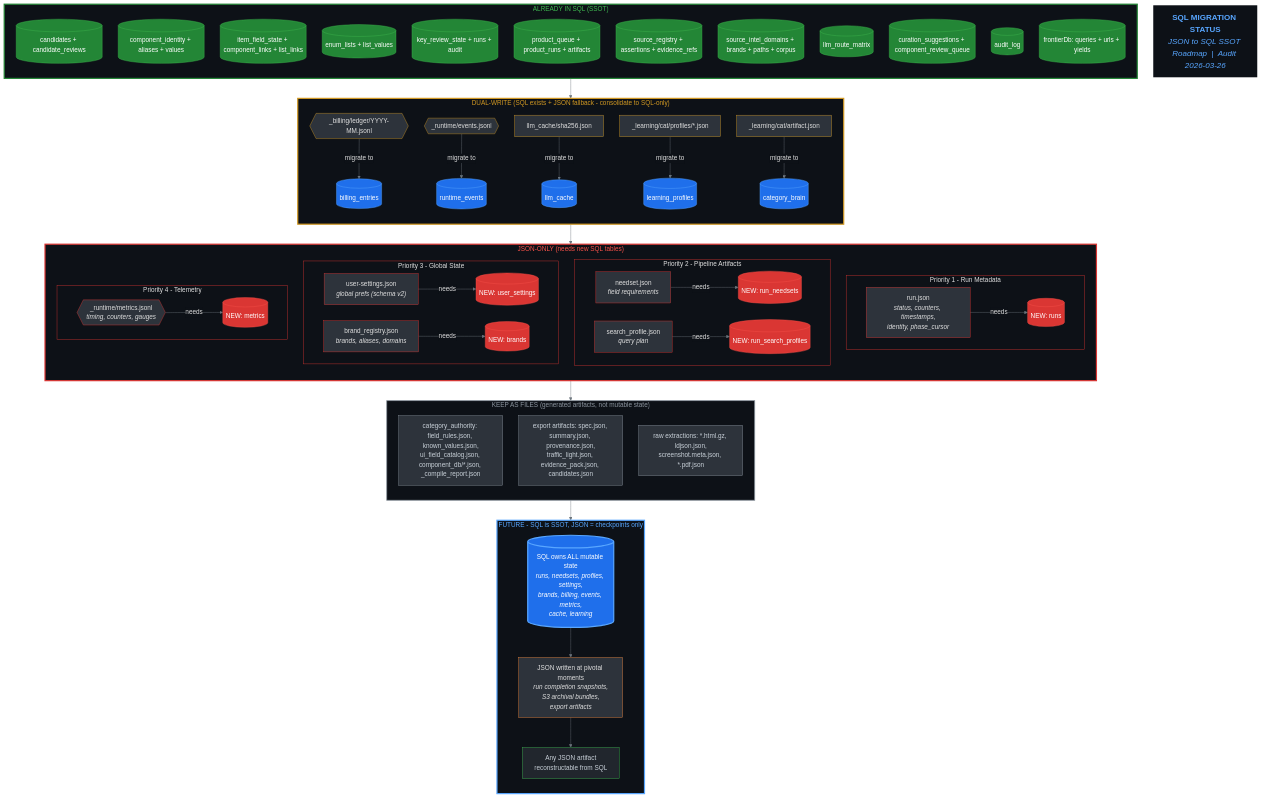
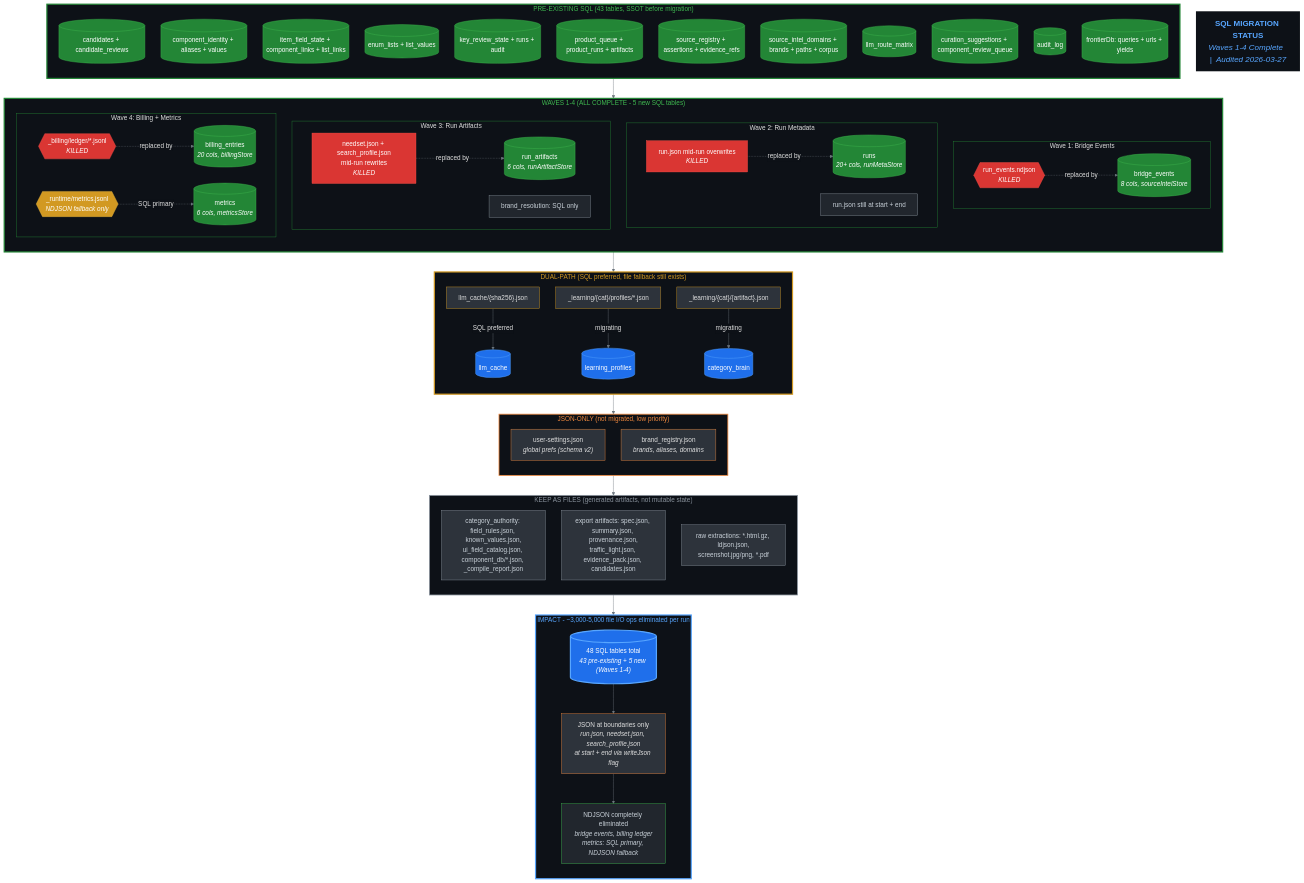
The diagram in docs/implementation/sql-full-migration/MIGRATION-STATUS.mmd (CdubVentures/Spec-Factory), drawn with Mermaid before and after one commit. The commit also changed 125 other files, not shown here.

```diff
--- a/docs/implementation/sql-full-migration/MIGRATION-STATUS.mmd
+++ b/docs/implementation/sql-full-migration/MIGRATION-STATUS.mmd
@@ -1,171 +1,166 @@
 %%{init: {
   "theme": "base",
   "themeVariables": {
     "fontSize": "16px",
     "primaryColor": "#1a1a2e",
     "primaryTextColor": "#e0e0e0",
     "primaryBorderColor": "#4a90d9",
     "lineColor": "#6c757d",
     "secondaryColor": "#16213e",
     "tertiaryColor": "#0f3460",
     "background": "#0d1117",
     "mainBkg": "#161b22",
     "nodeBorder": "#4a90d9",
     "clusterBkg": "#161b22",
     "clusterBorder": "#30363d",
     "titleColor": "#e0e0e0",
     "edgeLabelBackground": "#0d1117",
     "nodeTextColor": "#e0e0e0"
   },
   "flowchart": {
     "nodeSpacing": 40,
     "rankSpacing": 50,
     "curve": "basis",
     "padding": 15
   }
 }}%%
 
 flowchart TB
 
-  title["<b>SQL MIGRATION STATUS</b><br/><i>JSON to SQL SSOT Roadmap  |  Audit 2026-03-26</i>"]
+  title["<b>SQL MIGRATION STATUS</b><br/><i>Waves 1-4 Complete  |  Audited 2026-03-27</i>"]
   style title fill:#0d1117,stroke:none,color:#58a6ff,font-size:20px
 
   %% ==========================================
-  %%  ALREADY IN SQL
+  %%  PRE-EXISTING SQL (before migration waves)
   %% ==========================================
-  subgraph DONE["ALREADY IN SQL  (SSOT)"]
+  subgraph PREEXIST["PRE-EXISTING SQL  (43 tables, SSOT before migration)"]
     direction TB
     d1[("candidates + candidate_reviews")]
     d2[("component_identity + aliases + values")]
     d3[("item_field_state + component_links + list_links")]
     d4[("enum_lists + list_values")]
     d5[("key_review_state + runs + audit")]
     d6[("product_queue + product_runs + artifacts")]
     d7[("source_registry + assertions + evidence_refs")]
     d8[("source_intel_domains + brands + paths + corpus")]
     d9[("llm_route_matrix")]
     d10[("curation_suggestions + component_review_queue")]
     d11[("audit_log")]
     df1[("frontierDb: queries + urls + yields")]
   end
-  style DONE fill:#0d1117,stroke:#238636,color:#3fb950,stroke-width:3px
+  style PREEXIST fill:#0d1117,stroke:#238636,color:#3fb950,stroke-width:3px
   style d1 fill:#238636,stroke:#3fb950,color:#fff
   style d2 fill:#238636,stroke:#3fb950,color:#fff
   style d3 fill:#238636,stroke:#3fb950,color:#fff
   style d4 fill:#238636,stroke:#3fb950,color:#fff
   style d5 fill:#238636,stroke:#3fb950,color:#fff
   style d6 fill:#238636,stroke:#3fb950,color:#fff
   style d7 fill:#238636,stroke:#3fb950,color:#fff
   style d8 fill:#238636,stroke:#3fb950,color:#fff
   style d9 fill:#238636,stroke:#3fb950,color:#fff
   style d10 fill:#238636,stroke:#3fb950,color:#fff
   style d11 fill:#238636,stroke:#3fb950,color:#fff
   style df1 fill:#238636,stroke:#3fb950,color:#fff
 
   %% ==========================================
-  %%  DUAL-WRITE
+  %%  WAVE 1-4 MIGRATIONS (ALL COMPLETE)
   %% ==========================================
-  subgraph DUAL["DUAL-WRITE  (SQL exists + JSON fallback  -  consolidate to SQL-only)"]
+  subgraph WAVES["WAVES 1-4  (ALL COMPLETE  -  5 new SQL tables)"]
     direction TB
-    dual1{{"_billing/ledger/YYYY-MM.jsonl"}} -->|"migrate to"| dual1s[("billing_entries")]
-    dual2{{"_runtime/events.jsonl"}} -->|"migrate to"| dual2s[("runtime_events")]
-    dual3["llm_cache/sha256.json"] -->|"migrate to"| dual3s[("llm_cache")]
-    dual4["_learning/cat/profiles/*.json"] -->|"migrate to"| dual4s[("learning_profiles")]
-    dual5["_learning/cat/artifact.json"] -->|"migrate to"| dual5s[("category_brain")]
+
+    subgraph W1["Wave 1: Bridge Events"]
+      w1_old{{"run_events.ndjson<br/><i>KILLED</i>"}} -.->|"replaced by"| w1_new[("bridge_events<br/><i>8 cols, sourceIntelStore</i>")]
+    end
+
+    subgraph W2["Wave 2: Run Metadata"]
+      w2_old["run.json mid-run overwrites<br/><i>KILLED</i>"] -.->|"replaced by"| w2_new[("runs<br/><i>20+ cols, runMetaStore</i>")]
+      w2_note["run.json still at start + end"]
+    end
+
+    subgraph W3["Wave 3: Run Artifacts"]
+      w3_old["needset.json + search_profile.json<br/>mid-run rewrites<br/><i>KILLED</i>"] -.->|"replaced by"| w3_new[("run_artifacts<br/><i>6 cols, runArtifactStore</i>")]
+      w3_note["brand_resolution: SQL only"]
+    end
+
+    subgraph W4["Wave 4: Billing + Metrics"]
+      w4a_old{{"_billing/ledger/*.jsonl<br/><i>KILLED</i>"}} -.->|"replaced by"| w4a_new[("billing_entries<br/><i>20 cols, billingStore</i>")]
+      w4b_old{{"_runtime/metrics.jsonl<br/><i>NDJSON fallback only</i>"}} -.->|"SQL primary"| w4b_new[("metrics<br/><i>6 cols, metricsStore</i>")]
+    end
+  end
+  style WAVES fill:#0d1117,stroke:#238636,color:#3fb950,stroke-width:3px
+  style W1 fill:#0d1117,stroke:#238636,color:#e0e0e0
+  style W2 fill:#0d1117,stroke:#238636,color:#e0e0e0
+  style W3 fill:#0d1117,stroke:#238636,color:#e0e0e0
+  style W4 fill:#0d1117,stroke:#238636,color:#e0e0e0
+  style w1_old fill:#da3633,stroke:#f85149,color:#fff
+  style w1_new fill:#238636,stroke:#3fb950,color:#fff
+  style w2_old fill:#da3633,stroke:#f85149,color:#fff
+  style w2_new fill:#238636,stroke:#3fb950,color:#fff
+  style w2_note fill:#21262d,stroke:#8b949e,color:#c9d1d9
+  style w3_old fill:#da3633,stroke:#f85149,color:#fff
+  style w3_new fill:#238636,stroke:#3fb950,color:#fff
+  style w3_note fill:#21262d,stroke:#8b949e,color:#c9d1d9
+  style w4a_old fill:#da3633,stroke:#f85149,color:#fff
+  style w4a_new fill:#238636,stroke:#3fb950,color:#fff
+  style w4b_old fill:#d29922,stroke:#e3b341,color:#fff
+  style w4b_new fill:#238636,stroke:#3fb950,color:#fff
+
+  %% ==========================================
+  %%  DUAL-PATH (SQL preferred, file fallback)
+  %% ==========================================
+  subgraph DUAL["DUAL-PATH  (SQL preferred, file fallback still exists)"]
+    direction TB
+    dual1["llm_cache/{sha256}.json"] -->|"SQL preferred"| dual1s[("llm_cache")]
+    dual2["_learning/{cat}/profiles/*.json"] -->|"migrating"| dual2s[("learning_profiles")]
+    dual3["_learning/{cat}/{artifact}.json"] -->|"migrating"| dual3s[("category_brain")]
   end
   style DUAL fill:#0d1117,stroke:#d29922,color:#d29922,stroke-width:3px
   style dual1 fill:#2d333b,stroke:#d29922,color:#e0e0e0
   style dual2 fill:#2d333b,stroke:#d29922,color:#e0e0e0
   style dual3 fill:#2d333b,stroke:#d29922,color:#e0e0e0
-  style dual4 fill:#2d333b,stroke:#d29922,color:#e0e0e0
-  style dual5 fill:#2d333b,stroke:#d29922,color:#e0e0e0
   style dual1s fill:#1f6feb,stroke:#58a6ff,color:#fff
   style dual2s fill:#1f6feb,stroke:#58a6ff,color:#fff
   style dual3s fill:#1f6feb,stroke:#58a6ff,color:#fff
-  style dual4s fill:#1f6feb,stroke:#58a6ff,color:#fff
-  style dual5s fill:#1f6feb,stroke:#58a6ff,color:#fff
 
   %% ==========================================
-  %%  JSON-ONLY (needs migration)
+  %%  JSON-ONLY (not yet migrated)
   %% ==========================================
-  subgraph MIGRATE["JSON-ONLY  (needs new SQL tables)"]
+  subgraph REMAIN["JSON-ONLY  (not migrated, low priority)"]
     direction TB
-
-    subgraph MIG_P1["Priority 1  -  Run Metadata"]
-      mig1["run.json<br/><i>status, counters, timestamps,<br/>identity, phase_cursor</i>"]
-      mig1t[("NEW: runs")]
-      mig1 -->|"needs"| mig1t
-    end
-
-    subgraph MIG_P2["Priority 2  -  Pipeline Artifacts"]
-      mig2["needset.json<br/><i>field requirements</i>"]
-      mig2t[("NEW: run_needsets")]
-      mig3["search_profile.json<br/><i>query plan</i>"]
-      mig3t[("NEW: run_search_profiles")]
-      mig2 -->|"needs"| mig2t
-      mig3 -->|"needs"| mig3t
-    end
-
-    subgraph MIG_P3["Priority 3  -  Global State"]
-      mig4["user-settings.json<br/><i>global prefs (schema v2)</i>"]
-      mig4t[("NEW: user_settings")]
-      mig5["brand_registry.json<br/><i>brands, aliases, domains</i>"]
-      mig5t[("NEW: brands")]
-      mig4 -->|"needs"| mig4t
-      mig5 -->|"needs"| mig5t
-    end
-
-    subgraph MIG_P4["Priority 4  -  Telemetry"]
-      mig6{{"_runtime/metrics.jsonl<br/><i>timing, counters, gauges</i>"}}
-      mig6t[("NEW: metrics")]
-      mig6 -->|"needs"| mig6t
-    end
+    rem1["user-settings.json<br/><i>global prefs (schema v2)</i>"]
+    rem2["brand_registry.json<br/><i>brands, aliases, domains</i>"]
   end
-  style MIGRATE fill:#0d1117,stroke:#da3633,color:#f85149,stroke-width:3px
-  style MIG_P1 fill:#0d1117,stroke:#da3633,color:#e0e0e0
-  style MIG_P2 fill:#0d1117,stroke:#da3633,color:#e0e0e0
-  style MIG_P3 fill:#0d1117,stroke:#da3633,color:#e0e0e0
-  style MIG_P4 fill:#0d1117,stroke:#da3633,color:#e0e0e0
-  style mig1 fill:#2d333b,stroke:#da3633,color:#e0e0e0
-  style mig2 fill:#2d333b,stroke:#da3633,color:#e0e0e0
-  style mig3 fill:#2d333b,stroke:#da3633,color:#e0e0e0
-  style mig4 fill:#2d333b,stroke:#da3633,color:#e0e0e0
-  style mig5 fill:#2d333b,stroke:#da3633,color:#e0e0e0
-  style mig6 fill:#2d333b,stroke:#da3633,color:#e0e0e0
-  style mig1t fill:#da3633,stroke:#f85149,color:#fff
-  style mig2t fill:#da3633,stroke:#f85149,color:#fff
-  style mig3t fill:#da3633,stroke:#f85149,color:#fff
-  style mig4t fill:#da3633,stroke:#f85149,color:#fff
-  style mig5t fill:#da3633,stroke:#f85149,color:#fff
-  style mig6t fill:#da3633,stroke:#f85149,color:#fff
+  style REMAIN fill:#0d1117,stroke:#f0883e,color:#f0883e,stroke-width:2px
+  style rem1 fill:#2d333b,stroke:#f0883e,color:#e0e0e0
+  style rem2 fill:#2d333b,stroke:#f0883e,color:#e0e0e0
 
   %% ==========================================
   %%  KEEP AS FILES
   %% ==========================================
   subgraph KEEP["KEEP AS FILES  (generated artifacts, not mutable state)"]
     direction TB
     keep1["category_authority: field_rules.json, known_values.json,<br/>ui_field_catalog.json, component_db/*.json, _compile_report.json"]
     keep2["export artifacts: spec.json, summary.json, provenance.json,<br/>traffic_light.json, evidence_pack.json, candidates.json"]
-    keep3["raw extractions: *.html.gz, ldjson.json,<br/>screenshot.meta.json, *.pdf.json"]
+    keep3["raw extractions: *.html.gz, ldjson.json,<br/>screenshot.jpg/png, *.pdf"]
   end
   style KEEP fill:#0d1117,stroke:#8b949e,color:#8b949e,stroke-width:2px
   style keep1 fill:#2d333b,stroke:#8b949e,color:#c9d1d9
   style keep2 fill:#2d333b,stroke:#8b949e,color:#c9d1d9
   style keep3 fill:#2d333b,stroke:#8b949e,color:#c9d1d9
 
   %% ==========================================
-  %%  FUTURE STATE
+  %%  IMPACT SUMMARY
   %% ==========================================
-  subgraph FUTURE["FUTURE  -  SQL is SSOT, JSON = checkpoints only"]
+  subgraph IMPACT["IMPACT  -  ~3,000-5,000 file I/O ops eliminated per run"]
     direction TB
-    fut_sql[("SQL owns ALL mutable state<br/><i>runs, needsets, profiles, settings,<br/>brands, billing, events, metrics,<br/>cache, learning</i>")]
-    fut_json["JSON written at pivotal moments<br/><i>run completion snapshots,<br/>S3 archival bundles,<br/>export artifacts</i>"]
-    fut_rebuild["Any JSON artifact<br/>reconstructable from SQL"]
-    fut_sql --> fut_json --> fut_rebuild
+    imp_sql[("48 SQL tables total<br/><i>43 pre-existing + 5 new (Waves 1-4)</i>")]
+    imp_json["JSON at boundaries only<br/><i>run.json, needset.json, search_profile.json<br/>at start + end via writeJson flag</i>"]
+    imp_killed["NDJSON completely eliminated<br/><i>bridge events, billing ledger<br/>metrics: SQL primary, NDJSON fallback</i>"]
+    imp_sql --> imp_json --> imp_killed
   end
-  style FUTURE fill:#0d1117,stroke:#58a6ff,color:#58a6ff,stroke-width:3px
-  style fut_sql fill:#1f6feb,stroke:#58a6ff,color:#fff,stroke-width:3px
-  style fut_json fill:#2d333b,stroke:#f0883e,color:#e0e0e0
-  style fut_rebuild fill:#21262d,stroke:#3fb950,color:#c9d1d9
+  style IMPACT fill:#0d1117,stroke:#58a6ff,color:#58a6ff,stroke-width:3px
+  style imp_sql fill:#1f6feb,stroke:#58a6ff,color:#fff,stroke-width:3px
+  style imp_json fill:#2d333b,stroke:#f0883e,color:#e0e0e0
+  style imp_killed fill:#21262d,stroke:#3fb950,color:#c9d1d9
 
-  DONE --> DUAL --> MIGRATE --> KEEP --> FUTURE
+  PREEXIST --> WAVES --> DUAL --> REMAIN --> KEEP --> IMPACT
```
